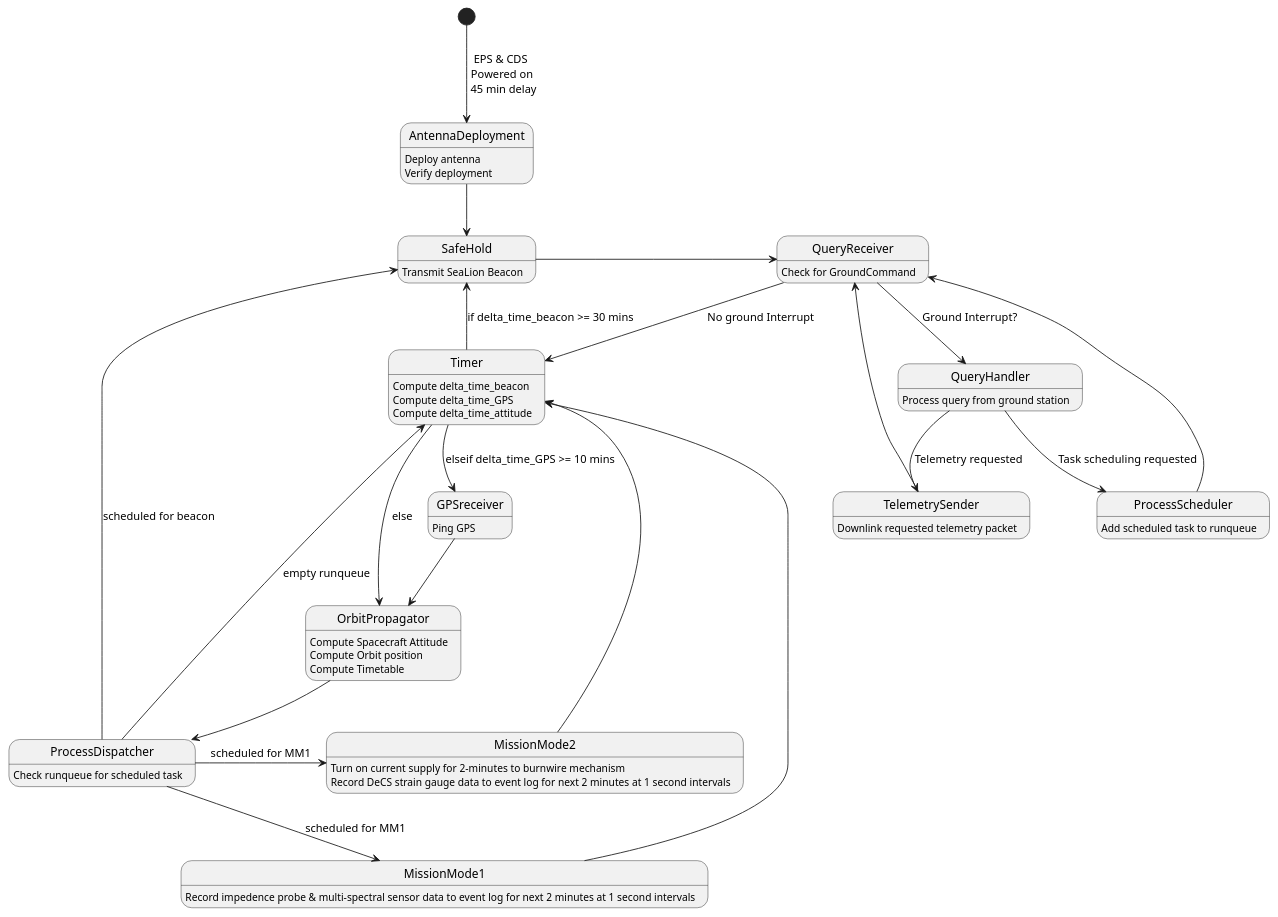
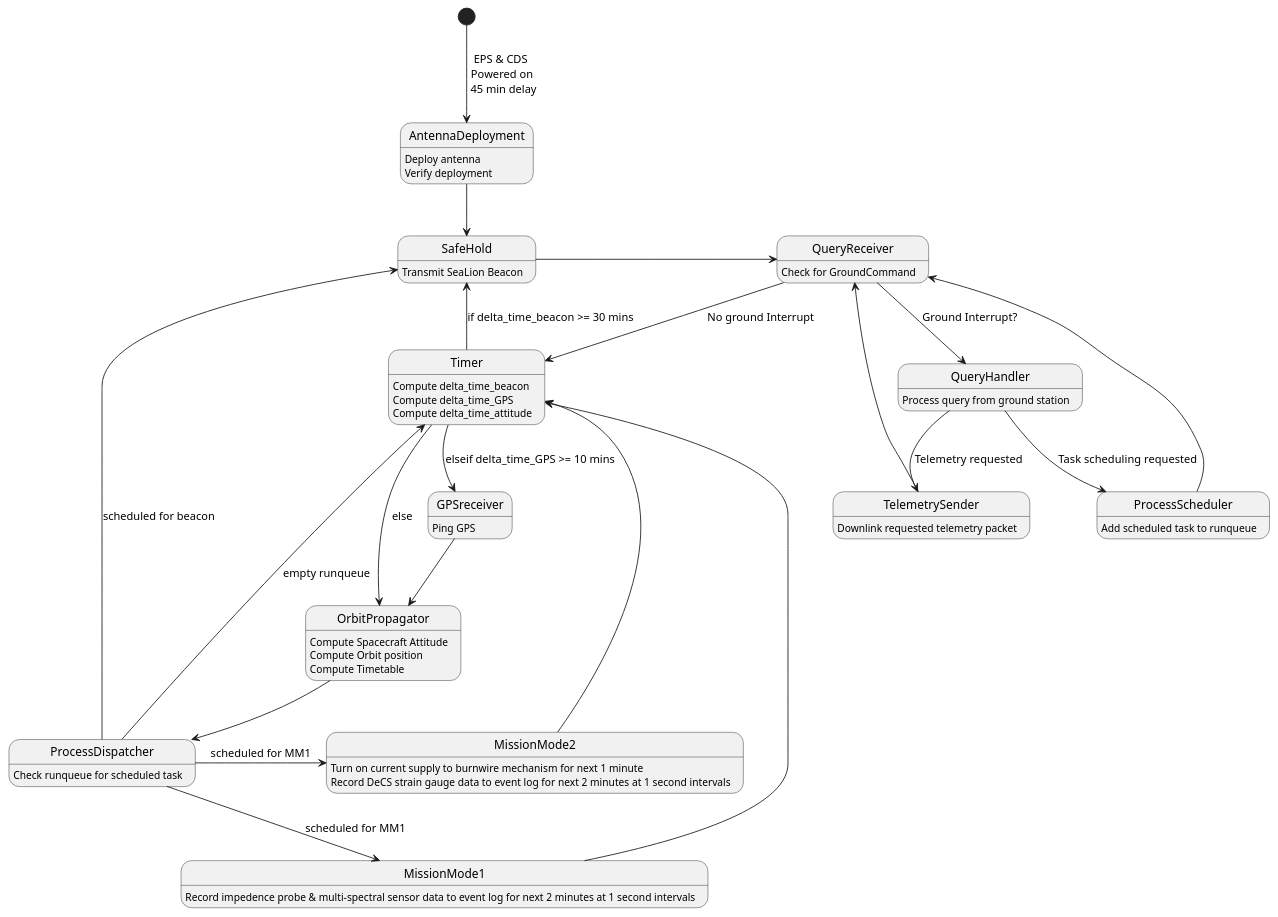
Before and after one commit to ODU-CGA-CubeSat/FSW: the diagram in fsw-architecture/operating-mode-as-fsm.puml, drawn with PlantUML.

Commit message:
update current supply to turn on for 1 minute

```diff
--- a/fsw-architecture/operating-mode-as-fsm.puml
+++ b/fsw-architecture/operating-mode-as-fsm.puml
@@ -1,54 +1,54 @@
 @startuml
 
 state AntennaDeployment
       AntennaDeployment : Deploy antenna
       AntennaDeployment : Verify deployment
 state SafeHold
       SafeHold : Transmit SeaLion Beacon
 state QueryReceiver
       QueryReceiver : Check for GroundCommand
 state TelemetrySender
       TelemetrySender : Downlink requested telemetry packet
 state Timer
       Timer : Compute delta_time_beacon
       Timer : Compute delta_time_GPS
       Timer : Compute delta_time_attitude
 state MissionMode1
       MissionMode1 : Record impedence probe & multi-spectral sensor data to event log for next 2 minutes at 1 second intervals
 state MissionMode2
-      MissionMode2 : Turn on current supply for 2-minutes to burnwire mechanism
+      MissionMode2 : Turn on current supply to burnwire mechanism for next 1 minute
       MissionMode2 : Record DeCS strain gauge data to event log for next 2 minutes at 1 second intervals
 state ProcessDispatcher
       ProcessDispatcher : Check runqueue for scheduled task
 state OrbitPropagator
       OrbitPropagator : Compute Spacecraft Attitude
       OrbitPropagator : Compute Orbit position
       OrbitPropagator : Compute Timetable
 state GPSreceiver
       GPSreceiver : Ping GPS
 state QueryHandler
       QueryHandler : Process query from ground station
 state ProcessScheduler
       ProcessScheduler : Add scheduled task to runqueue
 
 [*] --> AntennaDeployment : EPS & CDS \n Powered on \n 45 min delay
 AntennaDeployment --> SafeHold
 SafeHold -> QueryReceiver
 QueryReceiver --> QueryHandler : Ground Interrupt?
 QueryReceiver -> Timer : No ground Interrupt
 QueryHandler --> TelemetrySender : Telemetry requested
 QueryHandler --> ProcessScheduler : Task scheduling requested
 TelemetrySender --> QueryReceiver
 ProcessScheduler --> QueryReceiver
 MissionMode1 --> Timer
 MissionMode2 --> Timer
 GPSreceiver --> OrbitPropagator
 OrbitPropagator --> ProcessDispatcher
 Timer --> SafeHold : if delta_time_beacon >= 30 mins
 Timer --> GPSreceiver : elseif delta_time_GPS >= 10 mins
 Timer --> OrbitPropagator : else
 ProcessDispatcher --> SafeHold : scheduled for beacon
 ProcessDispatcher --> MissionMode1 : scheduled for MM1
 ProcessDispatcher -> MissionMode2 : scheduled for MM1
 ProcessDispatcher --> Timer : empty runqueue
 @enduml
```
